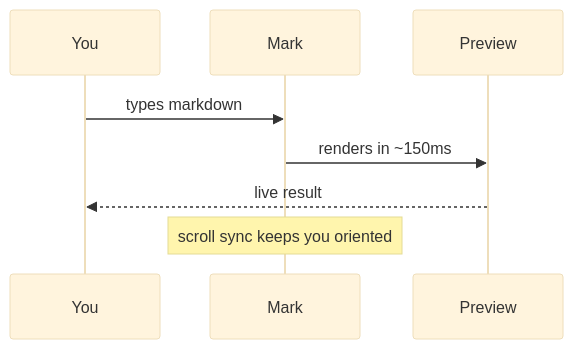
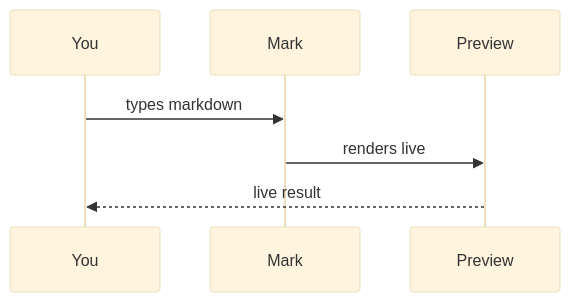
The diagram in SHOWCASE.md (HoldMyBeer-gg/MarkTheCrab), drawn with Mermaid (base theme) before and after one commit. The commit also changed other lines of this file and 2 other files, not shown here.

````diff
--- a/SHOWCASE.md
+++ b/SHOWCASE.md
@@ -28,10 +35,6 @@
 ```mermaid
 sequenceDiagram
-  participant You
-  participant Mark
-  participant Preview
   You->>Mark: types markdown
-  Mark->>Preview: renders in ~150ms
+  Mark->>Preview: renders live
   Preview-->>You: live result
-  Note over Mark: scroll sync keeps you oriented
 ```
````
